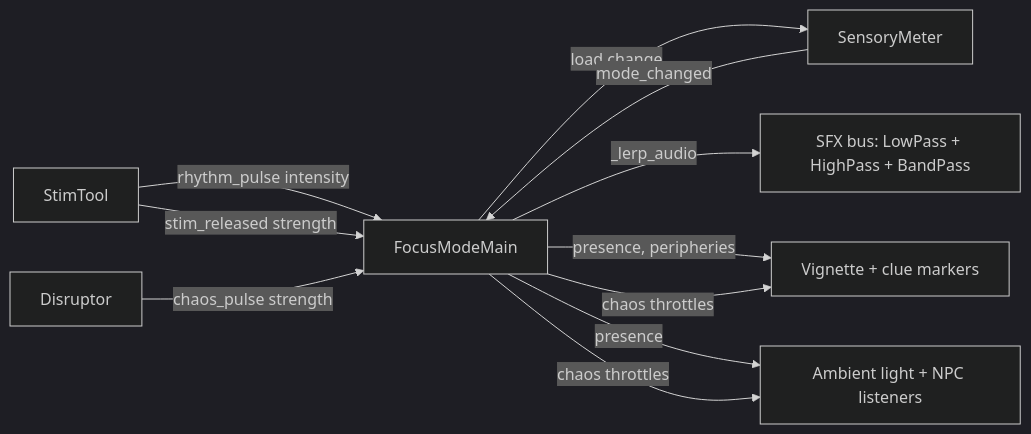
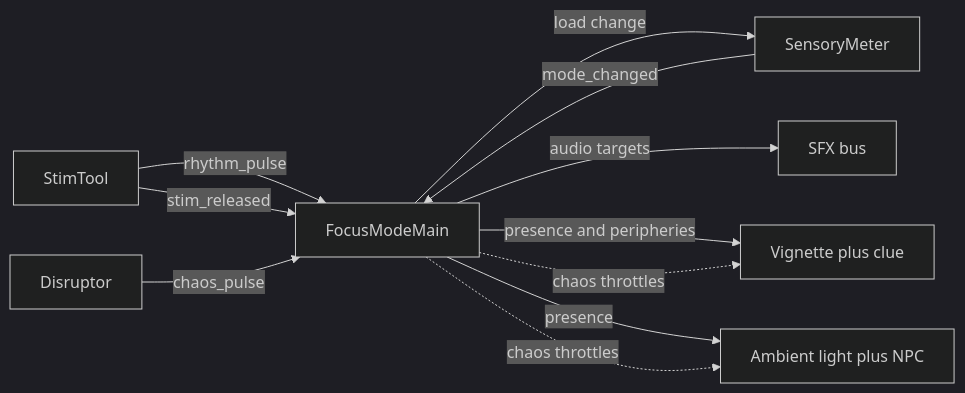
The diagram in ARCHITECTURE.md (billybox1926-jpg/Brew-Justice), drawn with Mermaid (dark theme) before and after one commit.

Commit message:
fix(docs): GitHub-safe mermaid in ARCHITECTURE.md (match README fix)

````diff
--- a/ARCHITECTURE.md
+++ b/ARCHITECTURE.md
@@ -68,13 +68,13 @@
 ```mermaid
 flowchart LR
-    S[StimTool] -->|rhythm_pulse intensity| F[FocusModeMain]
-    S -->|stim_released strength| F
-    D[Disruptor] -->|chaos_pulse strength| F
+    S[StimTool] -->|rhythm_pulse| F[FocusModeMain]
+    S -->|stim_released| F
+    D[Disruptor] -->|chaos_pulse| F
     F -->|load change| M[SensoryMeter]
     M -->|mode_changed| F
-    F -->|_lerp_audio| A[SFX bus: LowPass + HighPass + BandPass]
-    F -->|presence, peripheries| V[Vignette + clue markers]
-    F -->|presence| L[Ambient light + NPC listeners]
-    F -->|chaos throttles| V
-    F -->|chaos throttles| L
+    F -->|audio targets| A[SFX bus]
+    F -->|presence and peripheries| V[Vignette plus clue]
+    F -->|presence| L[Ambient light plus NPC]
+    F -.->|chaos throttles| V
+    F -.->|chaos throttles| L
 ```
````
